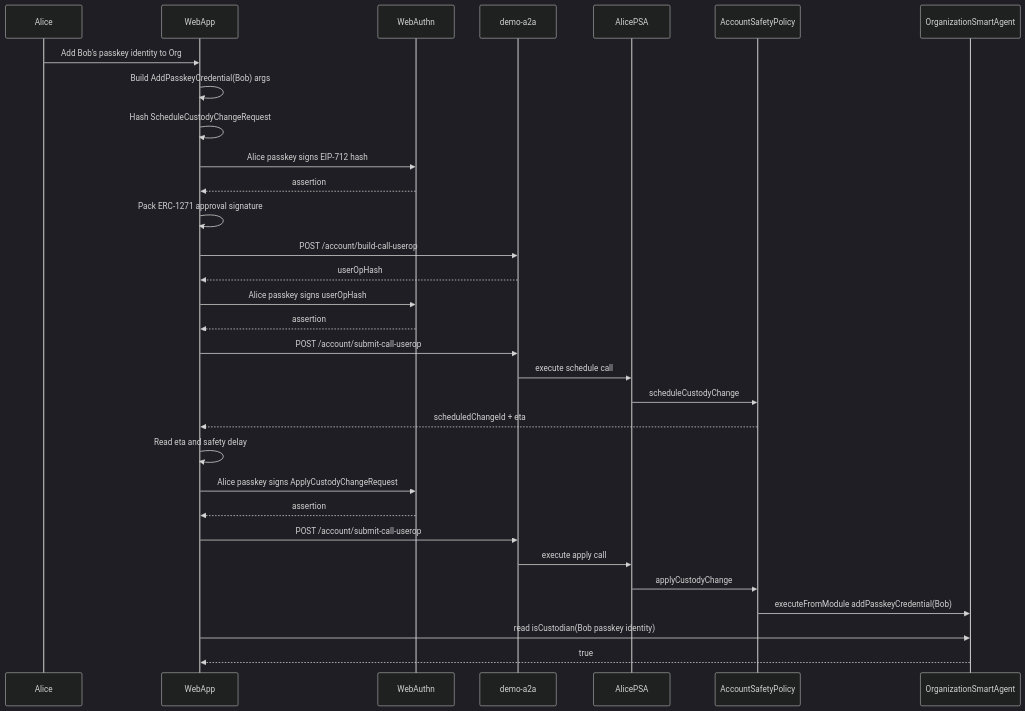
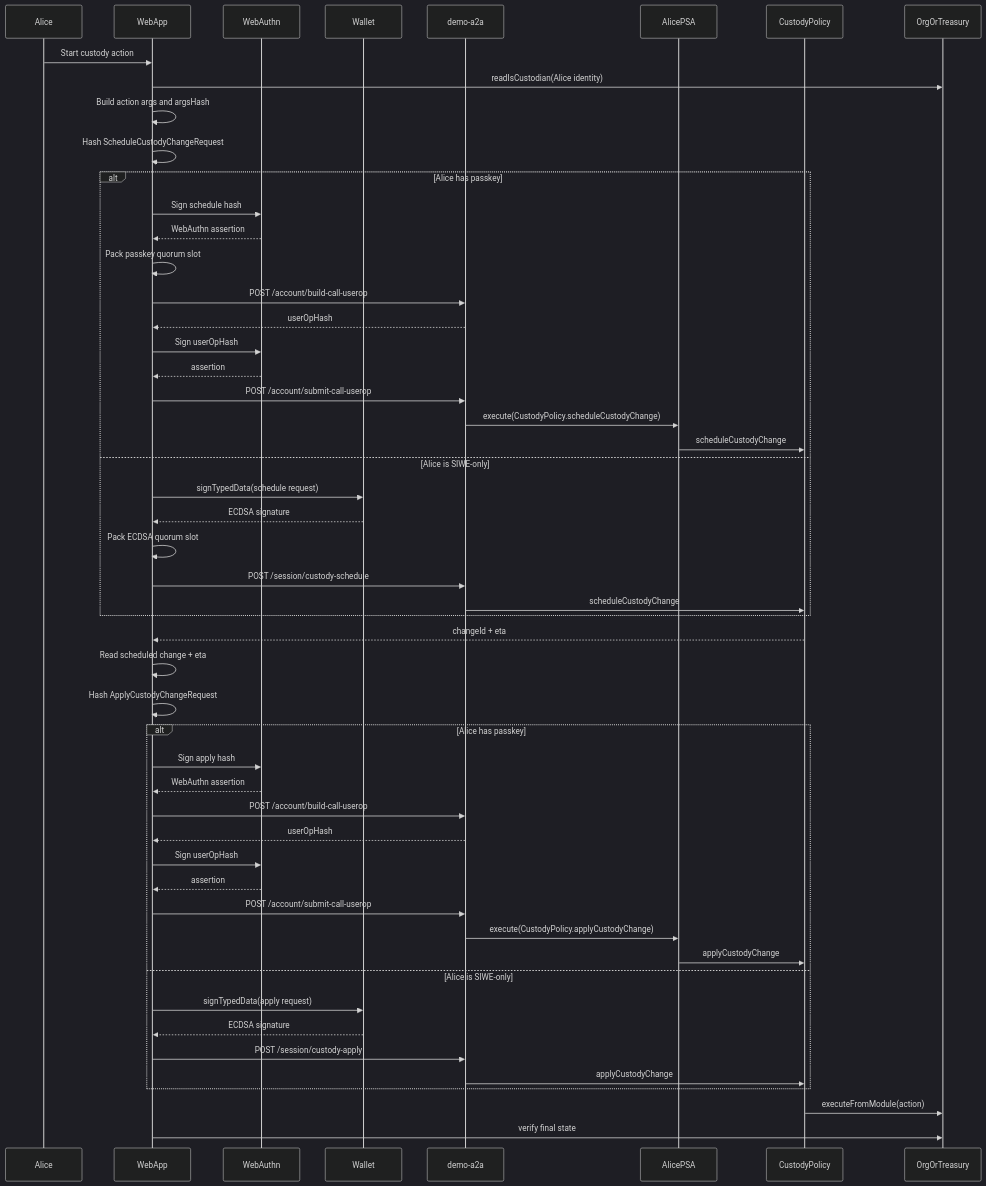
Before and after one commit to rpedersen3/agenticprimitives-6-17-26: the fifth of 7 diagrams in apps/demo-web-pro/docs/treasury-service-agent/guide.md, drawn with Mermaid (dark theme). The commit also changed other lines of this file and 8 other files, not shown here.

````diff
--- a/apps/demo-web-pro/docs/treasury-service-agent/guide.md
+++ b/apps/demo-web-pro/docs/treasury-service-agent/guide.md
@@ -338,35 +416,59 @@
 ```mermaid
 sequenceDiagram
   participant Alice
   participant WebApp
   participant WebAuthn
+  participant Wallet
   participant A2A as demo-a2a
   participant AlicePSA
-  participant Custody as AccountSafetyPolicy
-  participant Org as OrganizationSmartAgent
+  participant Custody as CustodyPolicy
+  participant Target as OrgOrTreasury
 
-  Alice->>WebApp: Add Bob's passkey identity to Org
-  WebApp->>WebApp: Build AddPasskeyCredential(Bob) args
+  Alice->>WebApp: Start custody action
+  WebApp->>Target: readIsCustodian(Alice identity)
+  WebApp->>WebApp: Build action args and argsHash
   WebApp->>WebApp: Hash ScheduleCustodyChangeRequest
-  WebApp->>WebAuthn: Alice passkey signs EIP-712 hash
-  WebAuthn-->>WebApp: assertion
-  WebApp->>WebApp: Pack ERC-1271 approval signature
-  WebApp->>A2A: POST /account/build-call-userop
-  A2A-->>WebApp: userOpHash
-  WebApp->>WebAuthn: Alice passkey signs userOpHash
-  WebAuthn-->>WebApp: assertion
-  WebApp->>A2A: POST /account/submit-call-userop
-  A2A->>AlicePSA: execute schedule call
-  AlicePSA->>Custody: scheduleCustodyChange
-  Custody-->>WebApp: scheduledChangeId + eta
 
-  WebApp->>WebApp: Read eta and safety delay
-  WebApp->>WebAuthn: Alice passkey signs ApplyCustodyChangeRequest
-  WebAuthn-->>WebApp: assertion
-  WebApp->>A2A: POST /account/submit-call-userop
-  A2A->>AlicePSA: execute apply call
-  AlicePSA->>Custody: applyCustodyChange
-  Custody->>Org: executeFromModule addPasskeyCredential(Bob)
-  WebApp->>Org: read isCustodian(Bob passkey identity)
-  Org-->>WebApp: true
+  alt Alice has passkey
+    WebApp->>WebAuthn: Sign schedule hash
+    WebAuthn-->>WebApp: WebAuthn assertion
+    WebApp->>WebApp: Pack passkey quorum slot
+    WebApp->>A2A: POST /account/build-call-userop
+    A2A-->>WebApp: userOpHash
+    WebApp->>WebAuthn: Sign userOpHash
+    WebAuthn-->>WebApp: assertion
+    WebApp->>A2A: POST /account/submit-call-userop
+    A2A->>AlicePSA: execute(CustodyPolicy.scheduleCustodyChange)
+    AlicePSA->>Custody: scheduleCustodyChange
+  else Alice is SIWE-only
+    WebApp->>Wallet: signTypedData(schedule request)
+    Wallet-->>WebApp: ECDSA signature
+    WebApp->>WebApp: Pack ECDSA quorum slot
+    WebApp->>A2A: POST /session/custody-schedule
+    A2A->>Custody: scheduleCustodyChange
+  end
+
+  Custody-->>WebApp: changeId + eta
+  WebApp->>WebApp: Read scheduled change + eta
+  WebApp->>WebApp: Hash ApplyCustodyChangeRequest
+
+  alt Alice has passkey
+    WebApp->>WebAuthn: Sign apply hash
+    WebAuthn-->>WebApp: WebAuthn assertion
+    WebApp->>A2A: POST /account/build-call-userop
+    A2A-->>WebApp: userOpHash
+    WebApp->>WebAuthn: Sign userOpHash
+    WebAuthn-->>WebApp: assertion
+    WebApp->>A2A: POST /account/submit-call-userop
+    A2A->>AlicePSA: execute(CustodyPolicy.applyCustodyChange)
+    AlicePSA->>Custody: applyCustodyChange
+  else Alice is SIWE-only
+    WebApp->>Wallet: signTypedData(apply request)
+    Wallet-->>WebApp: ECDSA signature
+    WebApp->>A2A: POST /session/custody-apply
+    A2A->>Custody: applyCustodyChange
+  end
+
+  Custody->>Target: executeFromModule(action)
+  WebApp->>Target: verify final state
 ```
````
